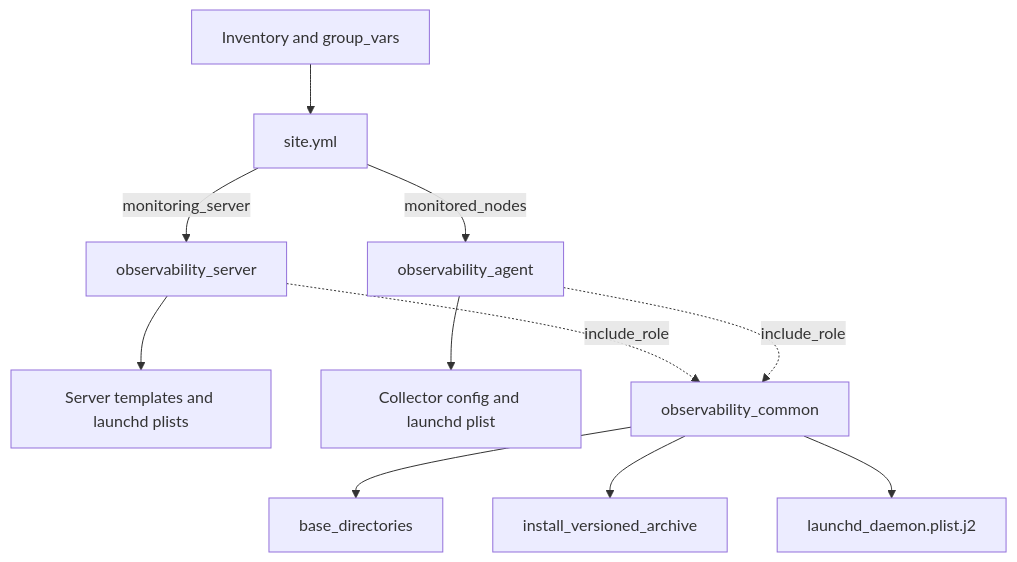
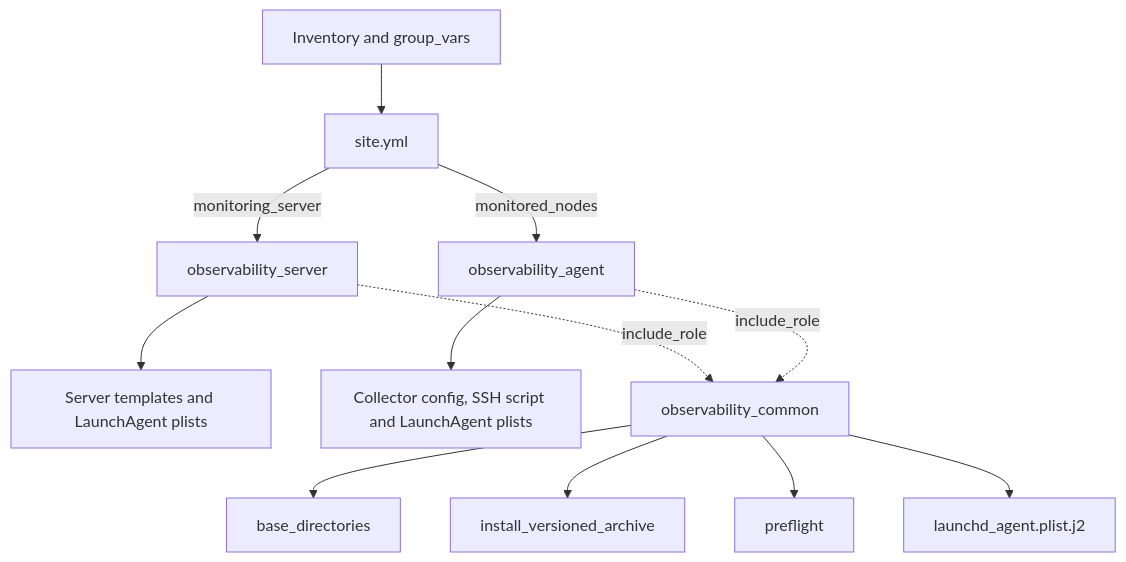
The second of 2 diagrams in docs/PROJECT_FLOW.md (Ankit-Kumar77/MacOS_observability_fleet), drawn with Mermaid before and after one commit. The commit also changed other lines of this file and 36 other files, not shown here.

First line of the commit message:
feat: add no-sudo LaunchAgent deployment

````diff
--- a/docs/PROJECT_FLOW.md
+++ b/docs/PROJECT_FLOW.md
@@ -41,13 +43,14 @@
 ```mermaid
 flowchart TD
     I[Inventory and group_vars] --> S[site.yml]
     S -->|monitoring_server| SR[observability_server]
     S -->|monitored_nodes| AR[observability_agent]
-    SR --> ST[Server templates and launchd plists]
-    AR --> AT[Collector config and launchd plist]
+    SR --> ST[Server templates and LaunchAgent plists]
+    AR --> AT[Collector config, SSH script and LaunchAgent plists]
     SR -.include_role.-> C[observability_common]
     AR -.include_role.-> C
     C --> CD[base_directories]
     C --> CI[install_versioned_archive]
-    C --> CP[launchd_daemon.plist.j2]
+    C --> CF[preflight]
+    C --> CP[launchd_agent.plist.j2]
 ```
````
